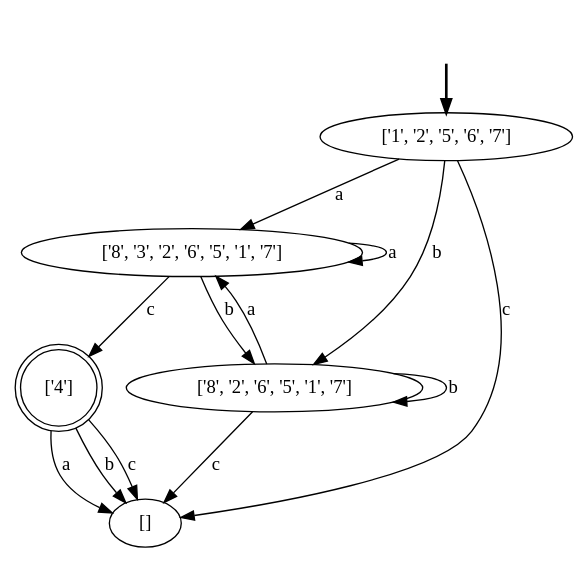
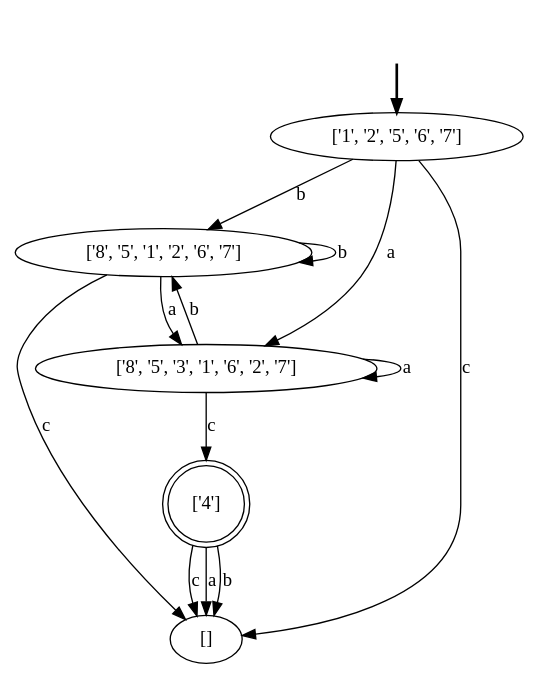
One commit to DPelagio/compiladores changed the diagram in dfa-output.dot. Above: the diagram before and after it, drawn with Graphviz. The commit also changed 5 other files, not shown here.

```diff
--- a/dfa-output.dot
+++ b/dfa-output.dot
@@ -1,20 +1,20 @@
 digraph {
 	fake [style=invisible]
+	"['8', '5', '1', '2', '6', '7']"
+	"['8', '5', '3', '1', '6', '2', '7']"
 	"['4']" [shape=doublecircle]
 	"['1', '2', '5', '6', '7']" [root=true]
-	"['8', '3', '2', '6', '5', '1', '7']"
-	"['8', '2', '6', '5', '1', '7']"
 	fake -> "['1', '2', '5', '6', '7']" [style=bold]
-	"['1', '2', '5', '6', '7']" -> "['8', '3', '2', '6', '5', '1', '7']" [label=a]
-	"['1', '2', '5', '6', '7']" -> "['8', '2', '6', '5', '1', '7']" [label=b]
+	"['1', '2', '5', '6', '7']" -> "['8', '5', '3', '1', '6', '2', '7']" [label=a]
+	"['1', '2', '5', '6', '7']" -> "['8', '5', '1', '2', '6', '7']" [label=b]
 	"['1', '2', '5', '6', '7']" -> "[]" [label=c]
-	"['8', '3', '2', '6', '5', '1', '7']" -> "['8', '3', '2', '6', '5', '1', '7']" [label=a]
-	"['8', '3', '2', '6', '5', '1', '7']" -> "['8', '2', '6', '5', '1', '7']" [label=b]
-	"['8', '3', '2', '6', '5', '1', '7']" -> "['4']" [label=c]
-	"['8', '2', '6', '5', '1', '7']" -> "['8', '3', '2', '6', '5', '1', '7']" [label=a]
-	"['8', '2', '6', '5', '1', '7']" -> "['8', '2', '6', '5', '1', '7']" [label=b]
-	"['8', '2', '6', '5', '1', '7']" -> "[]" [label=c]
+	"['8', '5', '3', '1', '6', '2', '7']" -> "['8', '5', '3', '1', '6', '2', '7']" [label=a]
+	"['8', '5', '3', '1', '6', '2', '7']" -> "['8', '5', '1', '2', '6', '7']" [label=b]
+	"['8', '5', '3', '1', '6', '2', '7']" -> "['4']" [label=c]
+	"['8', '5', '1', '2', '6', '7']" -> "['8', '5', '3', '1', '6', '2', '7']" [label=a]
+	"['8', '5', '1', '2', '6', '7']" -> "['8', '5', '1', '2', '6', '7']" [label=b]
+	"['8', '5', '1', '2', '6', '7']" -> "[]" [label=c]
 	"['4']" -> "[]" [label=a]
 	"['4']" -> "[]" [label=b]
 	"['4']" -> "[]" [label=c]
 }
```
